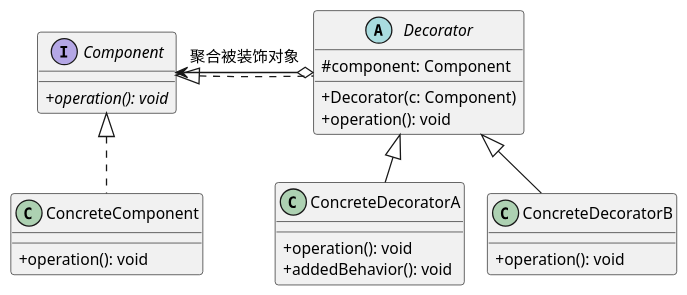
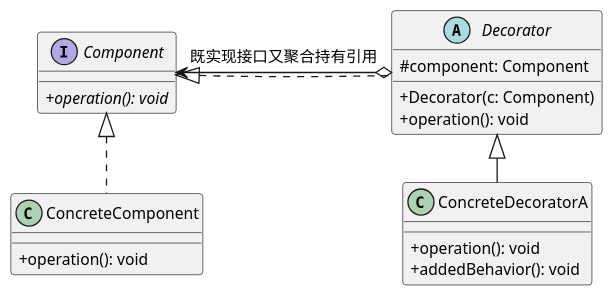
One commit to cpsa3/software-designer-fast-pass changed the tenth of 20 diagrams in 02-visual-diagrams/03-设计模式核心图谱与真题命题密码.md. Above: the diagram before and after it, drawn with PlantUML. The commit also changed other lines of this file, not shown here.

````diff
--- a/02-visual-diagrams/03-设计模式核心图谱与真题命题密码.md
+++ b/02-visual-diagrams/03-设计模式核心图谱与真题命题密码.md
@@ -657,33 +458,29 @@
 ```plantuml
 @startuml
 !pragma layout smetana
 skinparam dpi 125
 skinparam defaultFontSize 12
 skinparam classAttributeIconSize 0
 
 interface Component {
     + {abstract} operation(): void
 }
 
 class ConcreteComponent implements Component {
     + operation(): void
 }
 
 abstract class Decorator implements Component {
     # component: Component
     + Decorator(c: Component)
     + operation(): void
 }
 
 class ConcreteDecoratorA extends Decorator {
     + operation(): void
     + addedBehavior(): void
 }
 
-class ConcreteDecoratorB extends Decorator {
-    + operation(): void
-}
-
-Decorator o-> Component : 聚合被装饰对象
+Decorator o-> Component : 既实现接口又聚合持有引用
 @enduml
 ```
````
